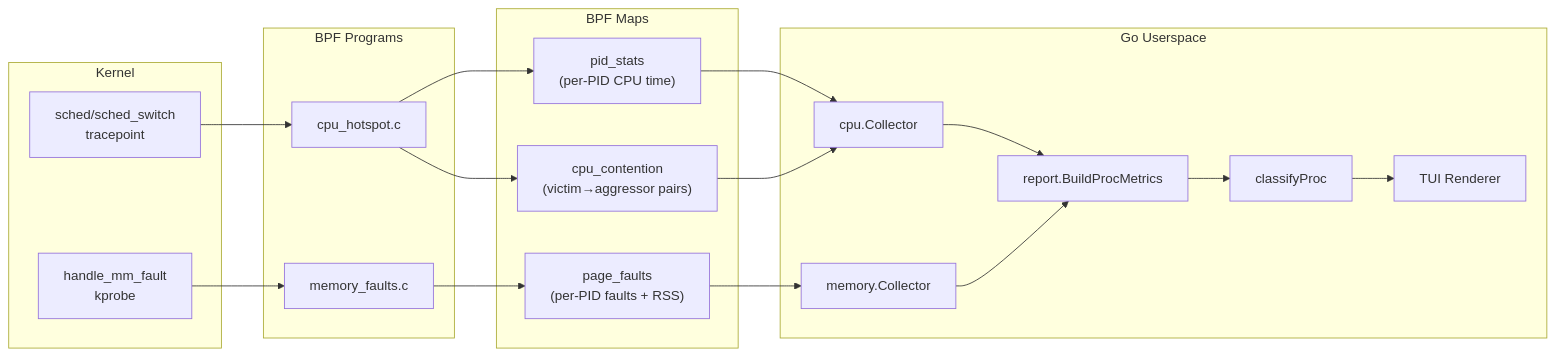
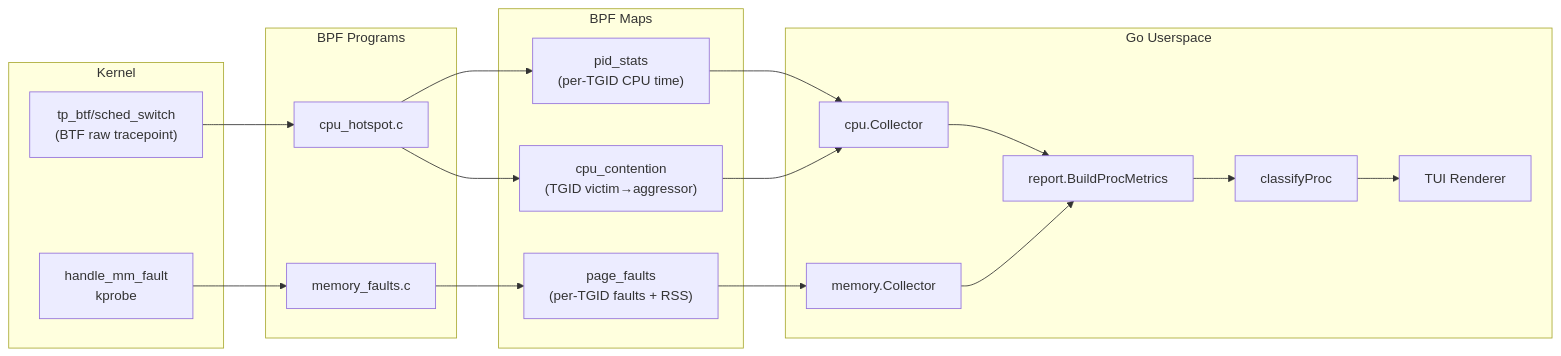
Before and after one commit to SRodi/hotspot-bpf: the first of 5 diagrams in docs/architecture.md, drawn with Mermaid. The commit also changed other lines of this file and 8 other files, not shown here.

````diff
--- a/docs/architecture.md
+++ b/docs/architecture.md
@@ -11,39 +11,39 @@
 ```mermaid
 graph LR
     subgraph Kernel
-        TP["sched/sched_switch<br/>tracepoint"]
+        TP["tp_btf/sched_switch<br/>(BTF raw tracepoint)"]
         KP["handle_mm_fault<br/>kprobe"]
     end
 
     subgraph BPF Programs
         CPU["cpu_hotspot.c"]
         MEM["memory_faults.c"]
     end
 
     subgraph BPF Maps
-        PS["pid_stats<br/>(per-PID CPU time)"]
-        CC["cpu_contention<br/>(victim→aggressor pairs)"]
-        PF["page_faults<br/>(per-PID faults + RSS)"]
+        PS["pid_stats<br/>(per-TGID CPU time)"]
+        CC["cpu_contention<br/>(TGID victim→aggressor)"]
+        PF["page_faults<br/>(per-TGID faults + RSS)"]
     end
 
     subgraph Go Userspace
         CCOL["cpu.Collector"]
         MCOL["memory.Collector"]
         RPT["report.BuildProcMetrics"]
         CLS["classifyProc"]
         TUI["TUI Renderer"]
     end
 
     TP --> CPU
     KP --> MEM
     CPU --> PS
     CPU --> CC
     MEM --> PF
     PS --> CCOL
     CC --> CCOL
     PF --> MCOL
     CCOL --> RPT
     MCOL --> RPT
     RPT --> CLS
     CLS --> TUI
 ```
````
